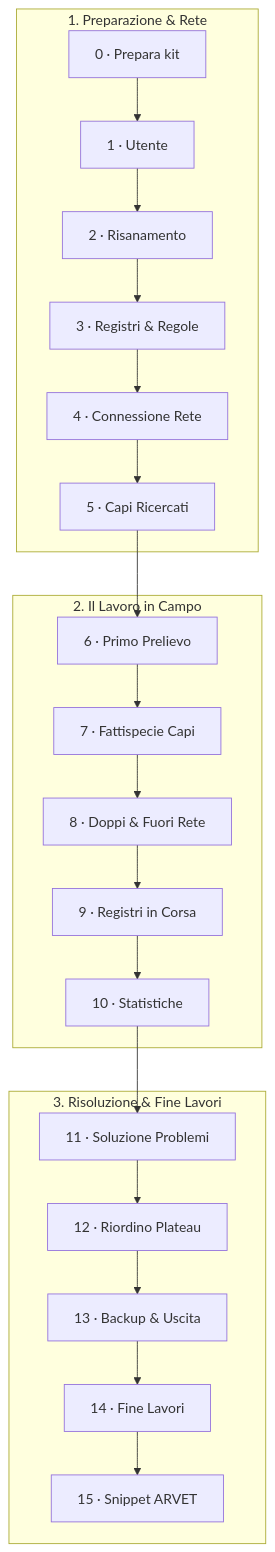
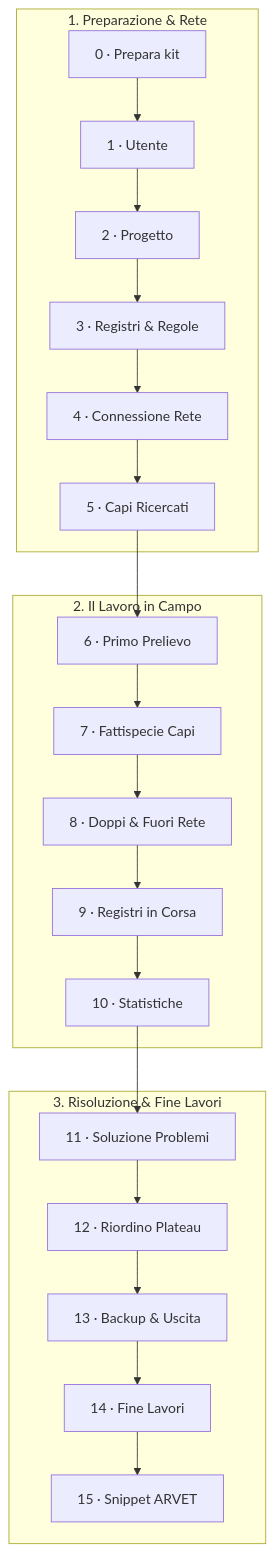
Before and after one commit to uvesco/fejalog-sito: the diagram in docs/tutorial/index.md, drawn with Mermaid. The commit also changed other lines of this file and 42 other files, not shown here.

````diff
--- a/docs/tutorial/index.md
+++ b/docs/tutorial/index.md
@@ -16,24 +16,24 @@
 ```mermaid
 flowchart TD
     subgraph Preparazione ["1. Preparazione & Rete"]
         L0["0 · Prepara kit"] --> L1["1 · Utente"]
-        L1 --> L2["2 · Risanamento"]
+        L1 --> L2["2 · Progetto"]
         L2 --> L3["3 · Registri & Regole"]
         L3 --> L4["4 · Connessione Rete"]
         L4 --> L5["5 · Capi Ricercati"]
     end
     subgraph Campo ["2. Il Lavoro in Campo"]
         L5 --> L6["6 · Primo Prelievo"]
         L6 --> L7["7 · Fattispecie Capi"]
         L7 --> L8["8 · Doppi & Fuori Rete"]
         L8 --> L9["9 · Registri in Corsa"]
         L9 --> L10["10 · Statistiche"]
     end
     subgraph Chiusura ["3. Risoluzione & Fine Lavori"]
         L10 --> L11["11 · Soluzione Problemi"]
         L11 --> L12["12 · Riordino Plateau"]
         L12 --> L13["13 · Backup & Uscita"]
         L13 --> L14["14 · Fine Lavori"]
         L14 --> L15["15 · Snippet ARVET"]
     end
 ```
````
